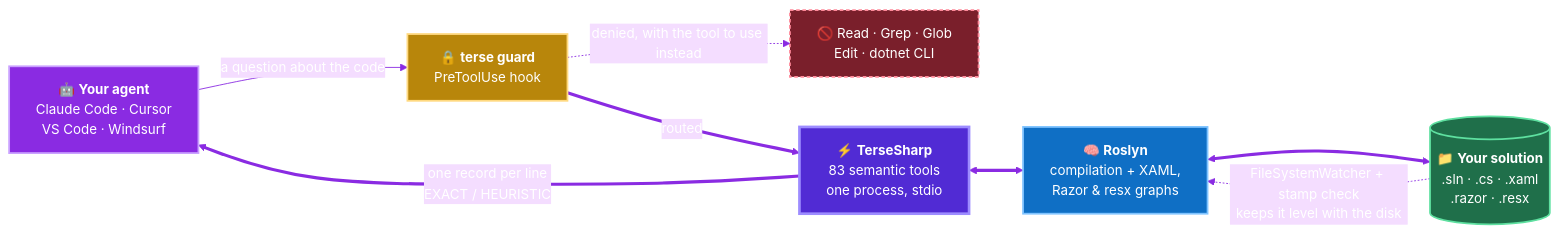
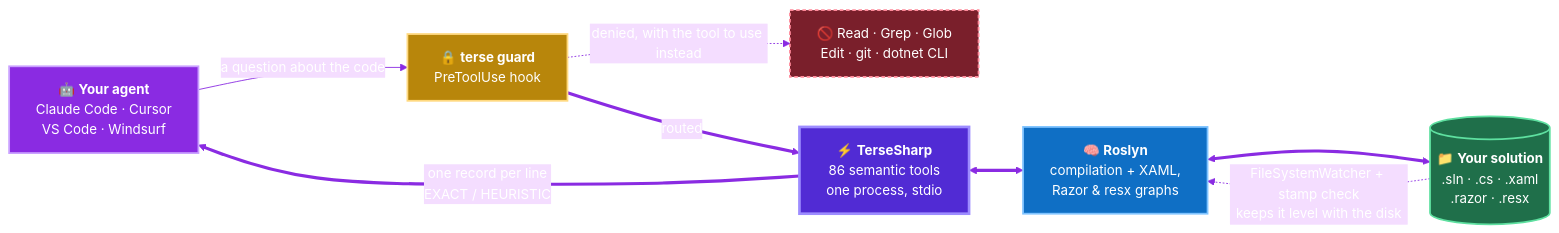
One commit to amusleh-spotware-com/terse-sharp changed the diagram in README.md. Above: the diagram before and after it, drawn with Mermaid. The commit also changed other lines of this file and 4 other files, not shown here.

````diff
--- a/README.md
+++ b/README.md
@@ -60,31 +50,31 @@
 ```mermaid
 %%{init: {'theme':'base','themeVariables':{'fontSize':'15px','lineColor':'#8A2BE2','primaryTextColor':'#ffffff'}}}%%
 flowchart LR
     A["🤖 <b>Your agent</b><br/>Claude Code · Cursor<br/>VS Code · Windsurf"]
     G["🔒 <b>terse guard</b><br/>PreToolUse hook"]
-    B["🚫 Read · Grep · Glob<br/>Edit · dotnet CLI"]
-    T["⚡ <b>TerseSharp</b><br/>83 semantic tools<br/>one process, stdio"]
+    B["🚫 Read · Grep · Glob<br/>Edit · git · dotnet CLI"]
+    T["⚡ <b>TerseSharp</b><br/>86 semantic tools<br/>one process, stdio"]
     R["🧠 <b>Roslyn</b><br/>compilation + XAML,<br/>Razor & resx graphs"]
     S[("📁 <b>Your solution</b><br/>.sln · .cs · .xaml<br/>.razor · .resx")]
 
     A -->|"a question about the code"| G
     G -.->|"denied, with the tool to use instead"| B
     G ==>|"routed"| T
     T <==> R
     R <==> S
     S -.->|"FileSystemWatcher + stamp check<br/>keeps it level with the disk"| R
     T ==>|"one record per line<br/>EXACT / HEURISTIC"| A
 
     classDef agent fill:#8A2BE2,stroke:#c9a0ff,stroke-width:2px,color:#fff
     classDef terse fill:#512BD4,stroke:#9d8cff,stroke-width:3px,color:#fff
     classDef roslyn fill:#0F6FC5,stroke:#7fc3ff,stroke-width:2px,color:#fff
     classDef disk fill:#1f6f4a,stroke:#5ee0a0,stroke-width:2px,color:#fff
     classDef guard fill:#B8860B,stroke:#ffd980,stroke-width:2px,color:#fff
     classDef banned fill:#7a1f2b,stroke:#ff8a9a,stroke-width:2px,color:#fff,stroke-dasharray: 4 3
     class A agent
     class T terse
     class R roslyn
     class S disk
     class G guard
     class B banned
 ```
````
